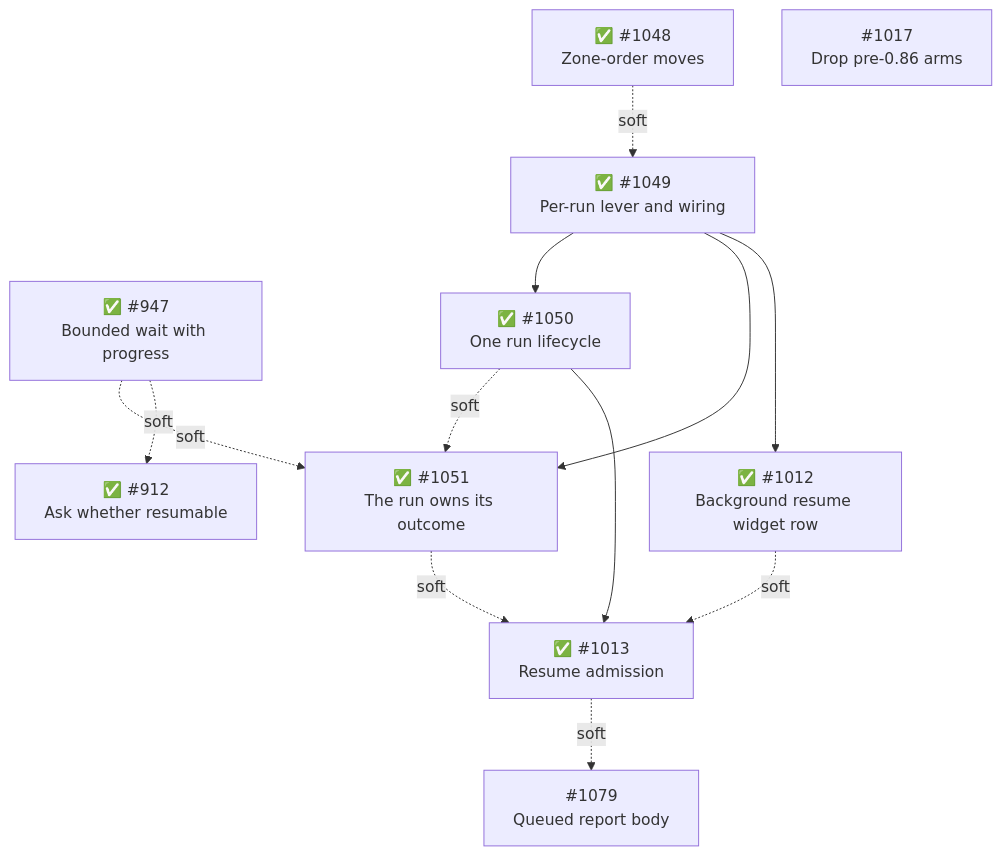
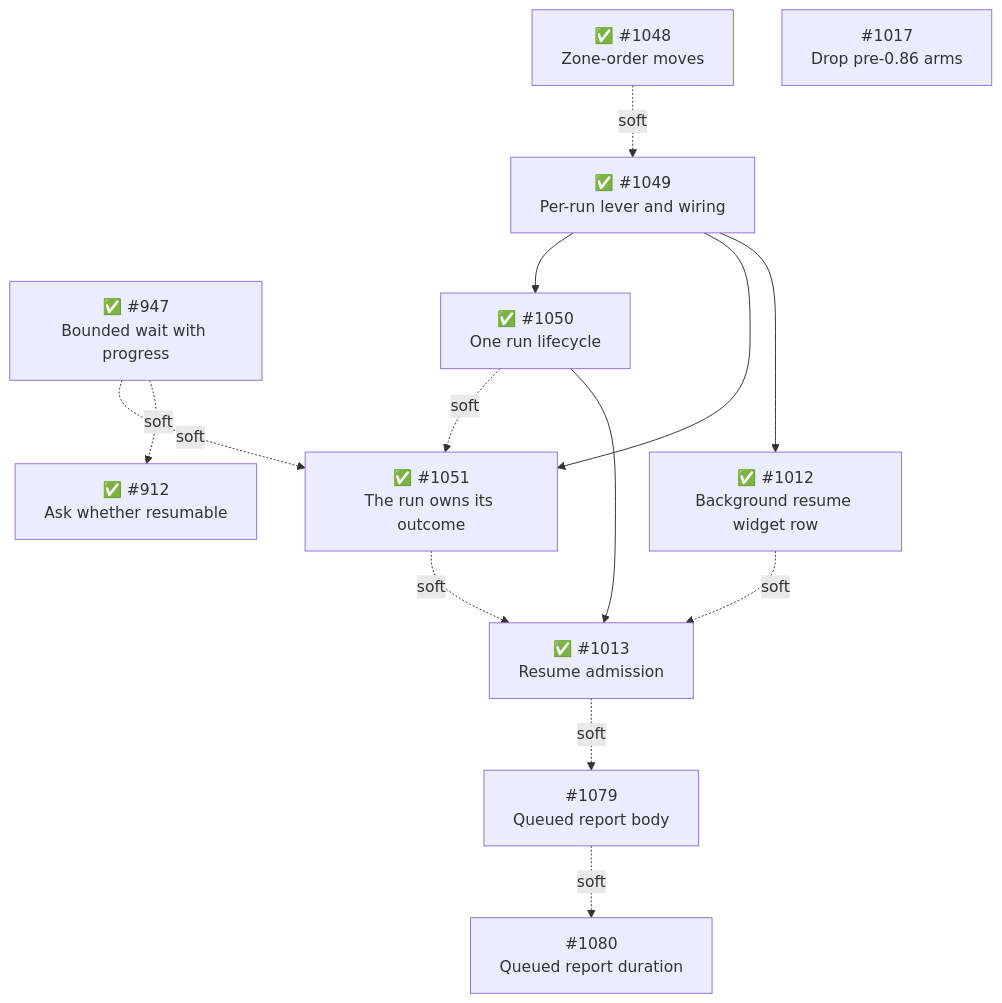
Before and after one commit to ttdua/pi-subagents: the sixth of 6 diagrams in docs/architecture/architecture.md, drawn with Mermaid. The commit also changed other lines of this file, not shown here.

````diff
--- a/docs/architecture/architecture.md
+++ b/docs/architecture/architecture.md
@@ -1179,15 +1195,16 @@
 ```mermaid
 flowchart TD
     S947["✅ #947<br/>Bounded wait with progress"] -.soft.-> S1051["✅ #1051<br/>The run owns its outcome"]
     S947 -.soft.-> S912["✅ #912<br/>Ask whether resumable"]
     S1048["✅ #1048<br/>Zone-order moves"] -.soft.-> S1049["✅ #1049<br/>Per-run lever and wiring"]
     S1049 --> S1050["✅ #1050<br/>One run lifecycle"]
     S1049 --> S1051
     S1049 --> S1012["✅ #1012<br/>Background resume widget row"]
     S1050 -.soft.-> S1051
     S1050 --> S1013["✅ #1013<br/>Resume admission"]
     S1051 -.soft.-> S1013
     S1012 -.soft.-> S1013
     S1013 -.soft.-> S1079["#1079<br/>Queued report body"]
+    S1079 -.soft.-> S1080["#1080<br/>Queued report duration"]
     S1017["#1017<br/>Drop pre-0.86 arms"]
 ```
````
